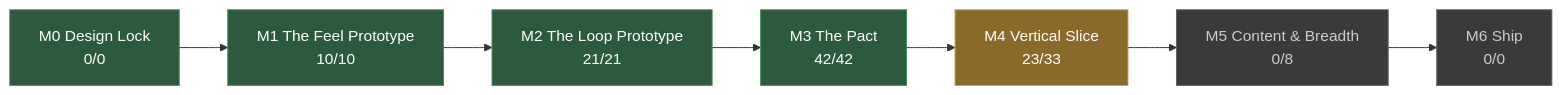
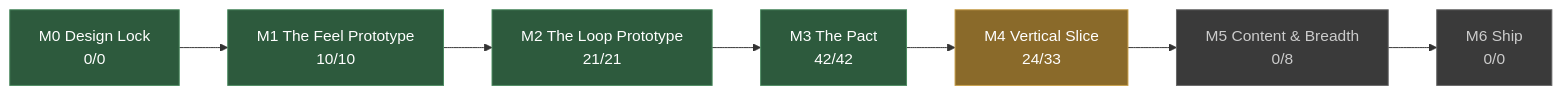
One commit to JoshuaGessner/she changed the diagram in docs/STATUS.md. Above: the diagram before and after it, drawn with Mermaid. The commit also changed other lines of this file and 15 other files, not shown here.

````diff
--- a/docs/STATUS.md
+++ b/docs/STATUS.md
@@ -13,19 +13,19 @@
 ```mermaid
 flowchart LR
   M0["M0 Design Lock<br/>0/0"]:::passed
   M1["M1 The Feel Prototype<br/>10/10"]:::passed
   M0 --> M1
   M2["M2 The Loop Prototype<br/>21/21"]:::passed
   M1 --> M2
   M3["M3 The Pact<br/>42/42"]:::passed
   M2 --> M3
-  M4["M4 Vertical Slice<br/>23/33"]:::current
+  M4["M4 Vertical Slice<br/>24/33"]:::current
   M3 --> M4
   M5["M5 Content & Breadth<br/>0/8"]:::ahead
   M4 --> M5
   M6["M6 Ship<br/>0/0"]:::ahead
   M5 --> M6
   classDef passed fill:#2d5a3d,stroke:#4a8a5f,color:#fff
   classDef current fill:#8a6a2a,stroke:#c8a04a,color:#fff
   classDef ahead fill:#3a3a3a,stroke:#666,color:#ccc
 ```
````
